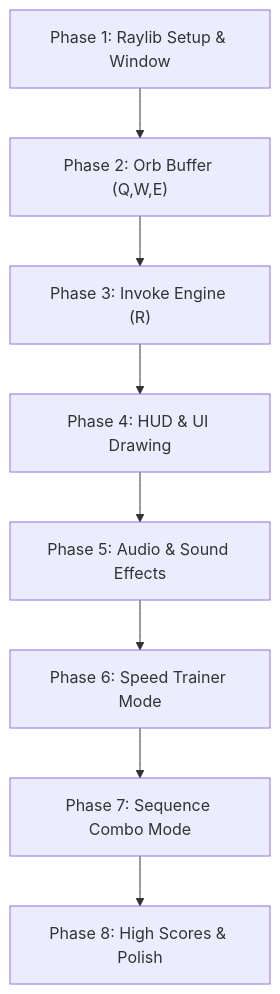
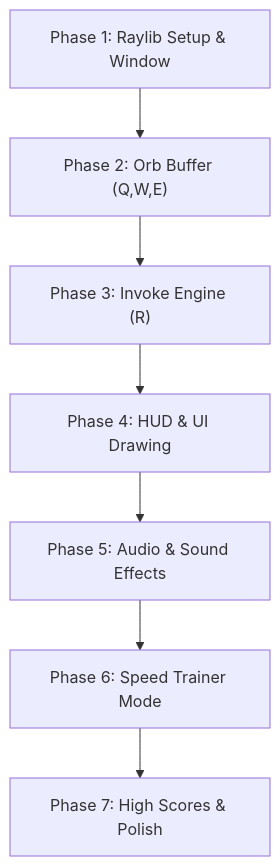
The diagram in PLANNING.md (rasyidcode/invoker-game), drawn with Mermaid before and after one commit. The commit also changed other lines of this file and 5 other files, not shown here.

````diff
--- a/PLANNING.md
+++ b/PLANNING.md
@@ -204,10 +197,9 @@
 ```mermaid
 flowchart TD
     M1["Phase 1: Raylib Setup & Window"] --> M2["Phase 2: Orb Buffer (Q,W,E)"]
     M2 --> M3["Phase 3: Invoke Engine (R)"]
     M3 --> M4["Phase 4: HUD & UI Drawing"]
     M4 --> M5["Phase 5: Audio & Sound Effects"]
     M5 --> M6["Phase 6: Speed Trainer Mode"]
-    M6 --> M7["Phase 7: Sequence Combo Mode"]
-    M7 --> M8["Phase 8: High Scores & Polish"]
+    M6 --> M7["Phase 7: High Scores & Polish"]
 ```
````
